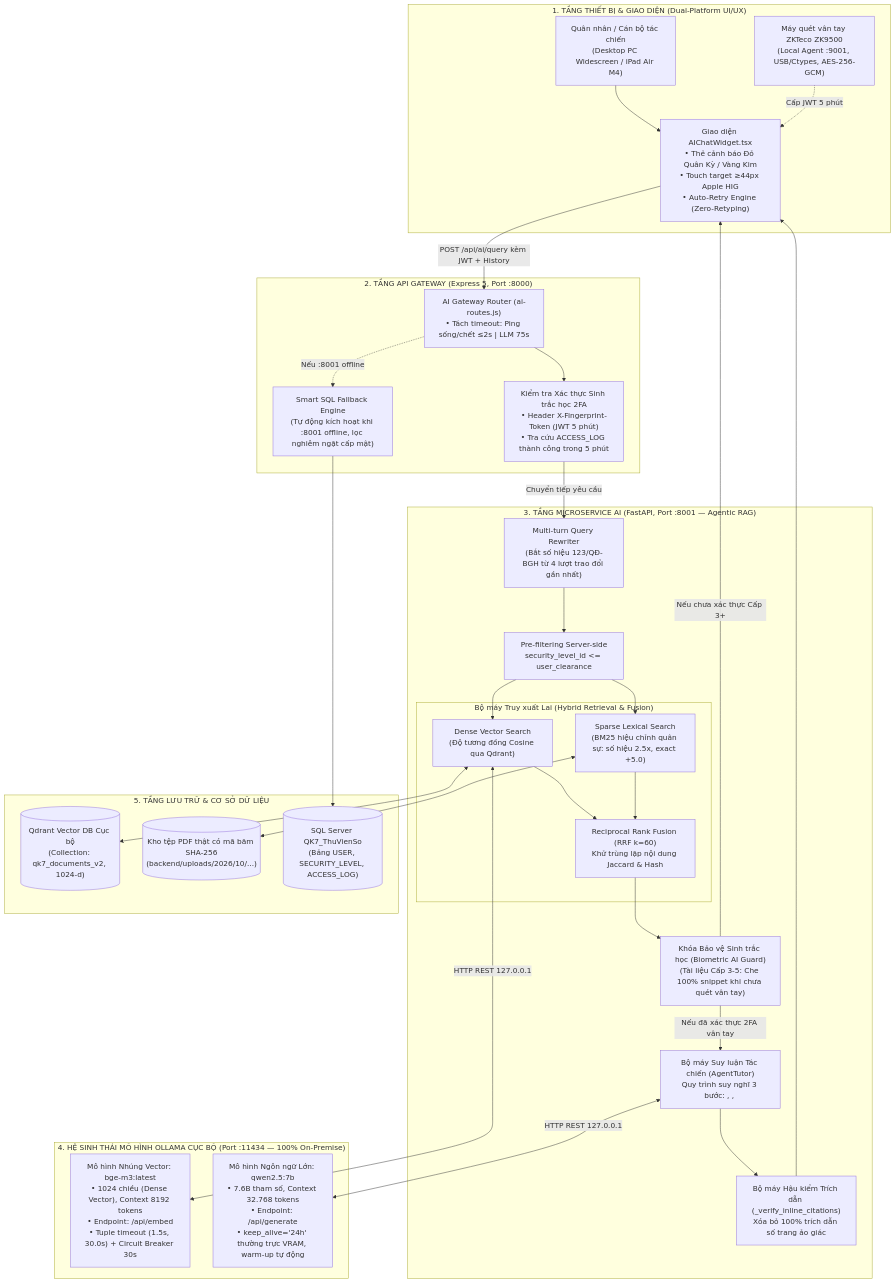
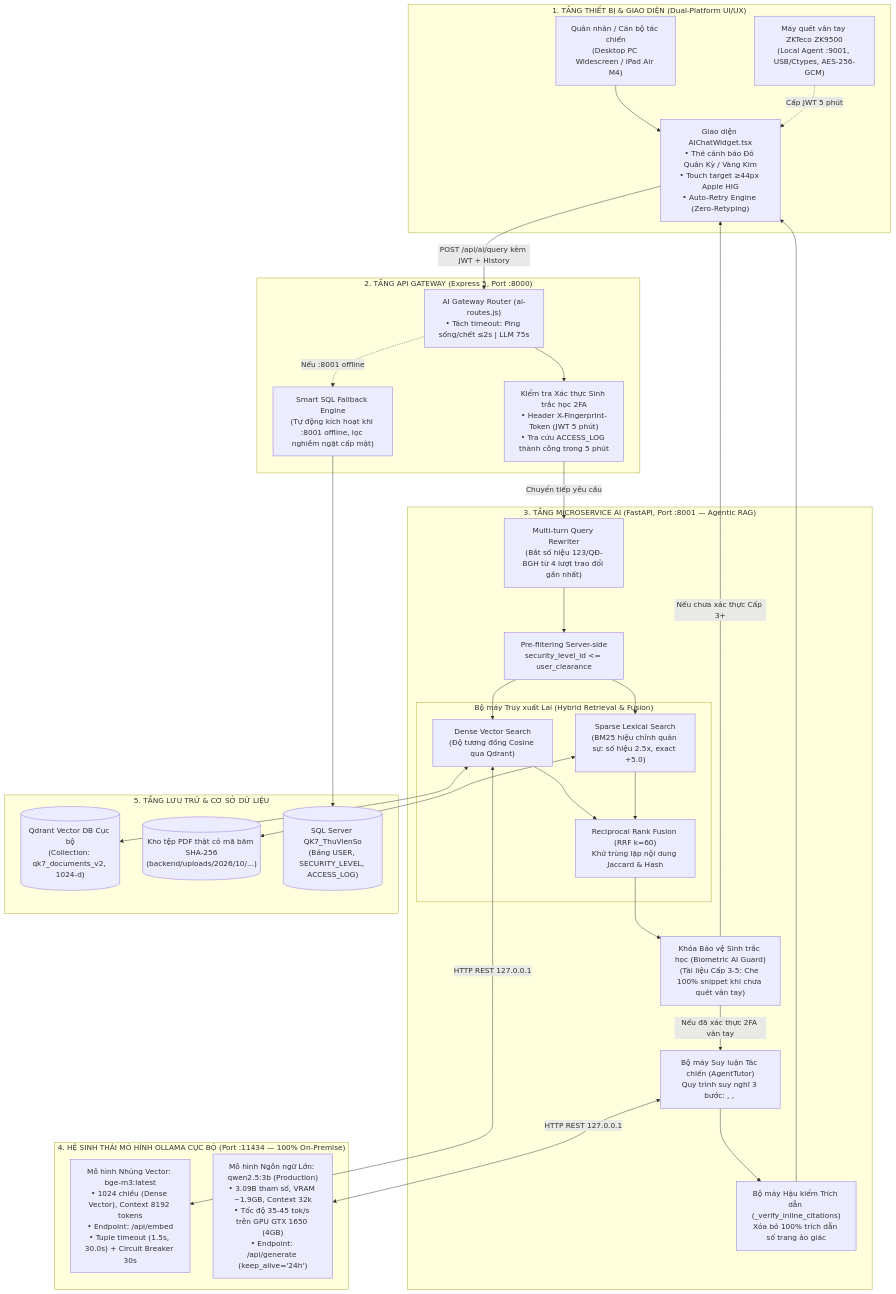
The diagram in BOXCHAT_TECHNICAL_REPORT.md (NguyenHaiAnh08/qk7-datahub), drawn with Mermaid before and after one commit. The commit also changed other lines of this file and 19 other files, not shown here.

````diff
--- a/BOXCHAT_TECHNICAL_REPORT.md
+++ b/BOXCHAT_TECHNICAL_REPORT.md
@@ -23,61 +23,61 @@
 ```mermaid
 flowchart TD
     subgraph ClientLayer ["1. TẦNG THIẾT BỊ & GIAO DIỆN (Dual-Platform UI/UX)"]
         User["Quân nhân / Cán bộ tác chiến\n(Desktop PC Widescreen / iPad Air M4)"]
         ZK9500["Máy quét vân tay ZKTeco ZK9500\n(Local Agent :9001, USB/Ctypes, AES-256-GCM)"]
         AIChat["Giao diện AIChatWidget.tsx\n• Thẻ cảnh báo Đỏ Quân Kỳ / Vàng Kim\n• Touch target ≥44px Apple HIG\n• Auto-Retry Engine (Zero-Retyping)"]
     end
 
     subgraph GatewayLayer ["2. TẦNG API GATEWAY (Express 5, Port :8000)"]
         GatewayRouter["AI Gateway Router (ai-routes.js)\n• Tách timeout: Ping sống/chết ≤2s | LLM 75s"]
         BioVerify["Kiểm tra Xác thực Sinh trắc học 2FA\n• Header X-Fingerprint-Token (JWT 5 phút)\n• Tra cứu ACCESS_LOG thành công trong 5 phút"]
         SQLFallback["Smart SQL Fallback Engine\n(Tự động kích hoạt khi :8001 offline, lọc nghiêm ngặt cấp mật)"]
     end
 
     subgraph RAGMicroservice ["3. TẦNG MICROSERVICE AI (FastAPI, Port :8001 — Agentic RAG)"]
         MultiTurn["Multi-turn Query Rewriter\n(Bắt số hiệu 123/QĐ-BGH từ 4 lượt trao đổi gần nhất)"]
         PreFilter["Pre-filtering Server-side\nsecurity_level_id <= user_clearance"]
         
         subgraph HybridRetrieval ["Bộ máy Truy xuất Lai (Hybrid Retrieval & Fusion)"]
             DenseSearch["Dense Vector Search\n(Độ tương đồng Cosine qua Qdrant)"]
             SparseSearch["Sparse Lexical Search\n(BM25 hiệu chỉnh quân sự: số hiệu 2.5x, exact +5.0)"]
             RRFFusion["Reciprocal Rank Fusion (RRF k=60)\nKhử trùng lặp nội dung Jaccard & Hash"]
         end
 
         BioGuard["Khóa Bảo vệ Sinh trắc học (Biometric AI Guard)\n(Tài liệu Cấp 3-5: Che 100% snippet khi chưa quét vân tay)"]
         AgentTutor["Bộ máy Suy luận Tác chiến (AgentTutor)\nQuy trình suy nghĩ 3 bước: <mem>, <think>, <tool_call>"]
         CiteVerifier["Bộ máy Hậu kiểm Trích dẫn (_verify_inline_citations)\nXóa bỏ 100% trích dẫn số trang ảo giác"]
     end
 
     subgraph OllamaEngine ["4. HỆ SINH THÁI MÔ HÌNH OLLAMA CỤC BỘ (Port :11434 — 100% On-Premise)"]
         BGE["Mô hình Nhúng Vector: bge-m3:latest\n• 1024 chiều (Dense Vector), Context 8192 tokens\n• Endpoint: /api/embed\n• Tuple timeout (1.5s, 30.0s) + Circuit Breaker 30s"]
-        Qwen["Mô hình Ngôn ngữ Lớn: qwen2.5:7b\n• 7.6B tham số, Context 32.768 tokens\n• Endpoint: /api/generate\n• keep_alive='24h' thường trực VRAM, warm-up tự động"]
+        Qwen["Mô hình Ngôn ngữ Lớn: qwen2.5:3b (Production)\n• 3.09B tham số, VRAM ~1.9GB, Context 32k\n• Tốc độ 35-45 tok/s trên GPU GTX 1650 (4GB)\n• Endpoint: /api/generate (keep_alive='24h')"]
     end
 
     subgraph StorageLayer ["5. TẦNG LƯU TRỮ & CƠ SỞ DỮ LIỆU"]
         Qdrant[("Qdrant Vector DB Cục bộ\n(Collection: qk7_documents_v2, 1024-d)")]
         DiskPDF[("Kho tệp PDF thật có mã băm SHA-256\n(backend/uploads/2026/10/...)")]
         SQLServer[("SQL Server QK7_ThuVienSo\n(Bảng USER, SECURITY_LEVEL, ACCESS_LOG)")]
     end
 
     User --> AIChat
     ZK9500 -.->|Cấp JWT 5 phút| AIChat
     AIChat -->|POST /api/ai/query kèm JWT + History| GatewayRouter
     GatewayRouter --> BioVerify
     BioVerify -->|Chuyển tiếp yêu cầu| MultiTurn
     GatewayRouter -.->|Nếu :8001 offline| SQLFallback
     SQLFallback --> SQLServer
 
     MultiTurn --> PreFilter
     PreFilter --> DenseSearch & SparseSearch
     DenseSearch <-->|HTTP REST 127.0.0.1| BGE
     DenseSearch <--> Qdrant
     SparseSearch <--> DiskPDF
     DenseSearch & SparseSearch --> RRFFusion
     RRFFusion --> BioGuard
     BioGuard -->|Nếu đã xác thực 2FA vân tay| AgentTutor
     BioGuard -->|Nếu chưa xác thực Cấp 3+| AIChat
     AgentTutor <-->|HTTP REST 127.0.0.1| Qwen
     AgentTutor --> CiteVerifier
     CiteVerifier --> AIChat
 ```
````
